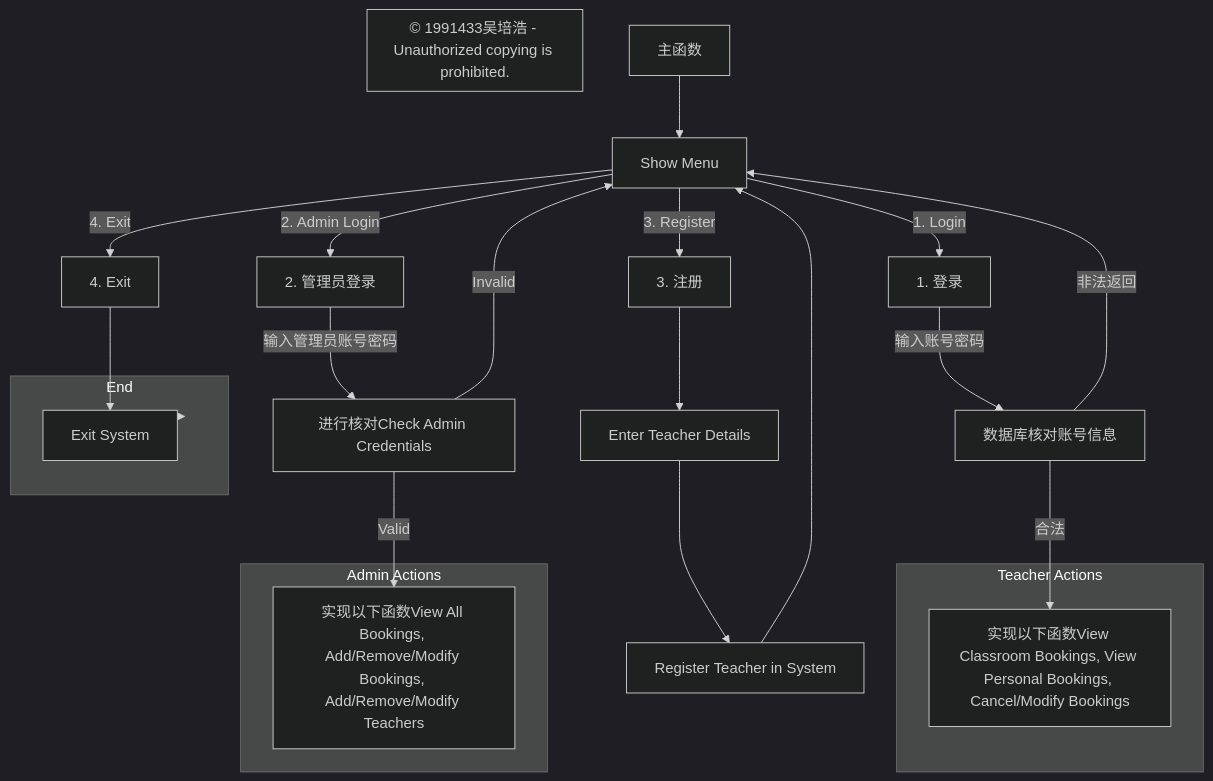
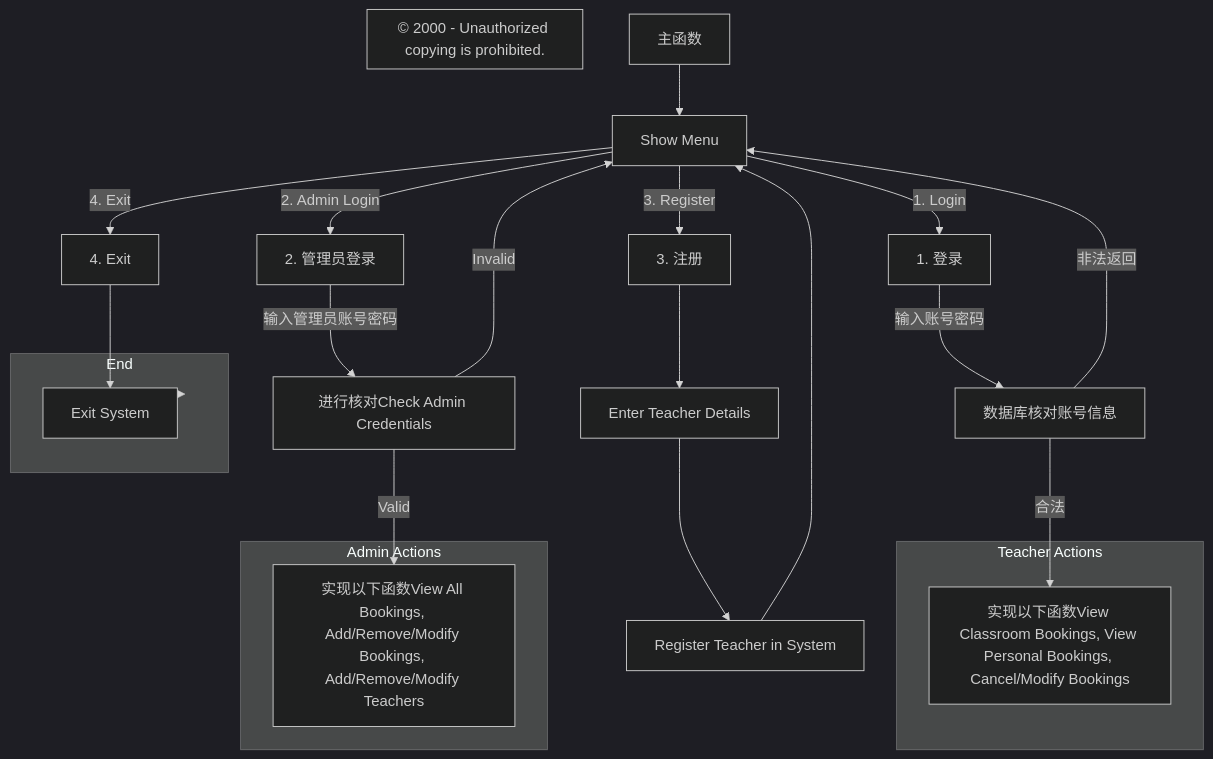
Before and after one commit to Eternalcommunists/ClassroomBookingSys: the second of 2 diagrams in README.md, drawn with Mermaid (dark theme). The commit also changed other lines of this file, not shown here.

````diff
--- a/README.md
+++ b/README.md
@@ -74,48 +62,48 @@
 ```mermaid
 flowchart TD
     Start[主函数]
     ShowMenu[Show Menu]
     Option1[1. 登录]
     Option2[2. 管理员登录]
     Option3[3. 注册]
     Option4[4. Exit]
 
     Start --> ShowMenu
     ShowMenu -->|1. Login| Option1
     ShowMenu -->|2. Admin Login| Option2
     ShowMenu -->|3. Register| Option3
     ShowMenu -->|4. Exit| Option4
 
     Option1 -->|输入账号密码| CheckCredentials
     CheckCredentials[数据库核对账号信息]
     CheckCredentials -->|合法| TeacherOptions[实现以下函数View Classroom Bookings, View Personal Bookings, Cancel/Modify Bookings]
     CheckCredentials -->|非法返回| ShowMenu
 
     Option2 -->|输入管理员账号密码| CheckAdminCredentials
     CheckAdminCredentials[进行核对Check Admin Credentials]
     CheckAdminCredentials -->|Valid| AdminOptions[实现以下函数View All Bookings, Add/Remove/Modify Bookings, Add/Remove/Modify Teachers]
     CheckAdminCredentials -->|Invalid| ShowMenu
 
     Option3 --> RegisterTeacher[Enter Teacher Details]
     RegisterTeacher --> RegisterSuccess[Register Teacher in System]
     RegisterSuccess --> ShowMenu
 
     Option4 --> ExitSystem[Exit System]
     ExitSystem --> End
 
     subgraph TeacherActions [Teacher Actions]
         TeacherOptions
     end
 
     subgraph AdminActions [Admin Actions]
         AdminOptions
     end
 
     subgraph End [End]
         ExitSystem
     end
 
     %% 添加个人标记
-    subgraph watermark [© 1991433吴培浩 - Unauthorized copying is prohibited.]
+    subgraph watermark [© 2000 - Unauthorized copying is prohibited.]
     end
 ```
````
